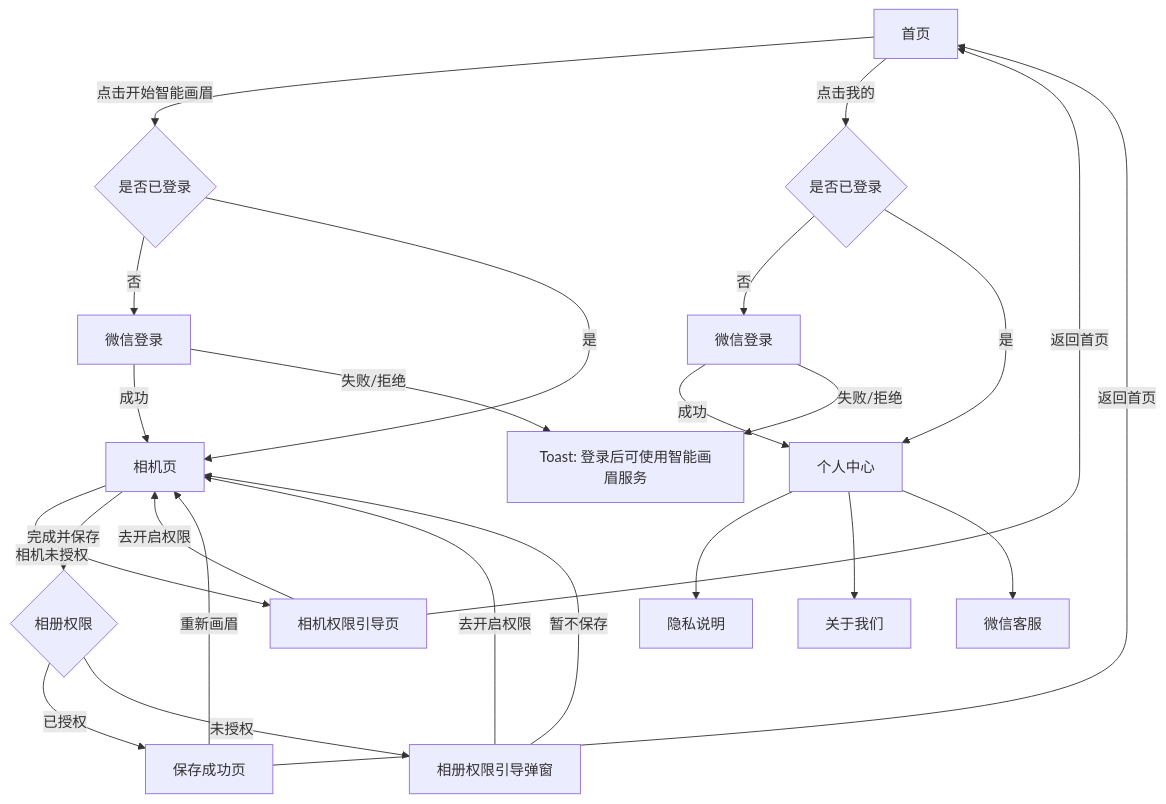
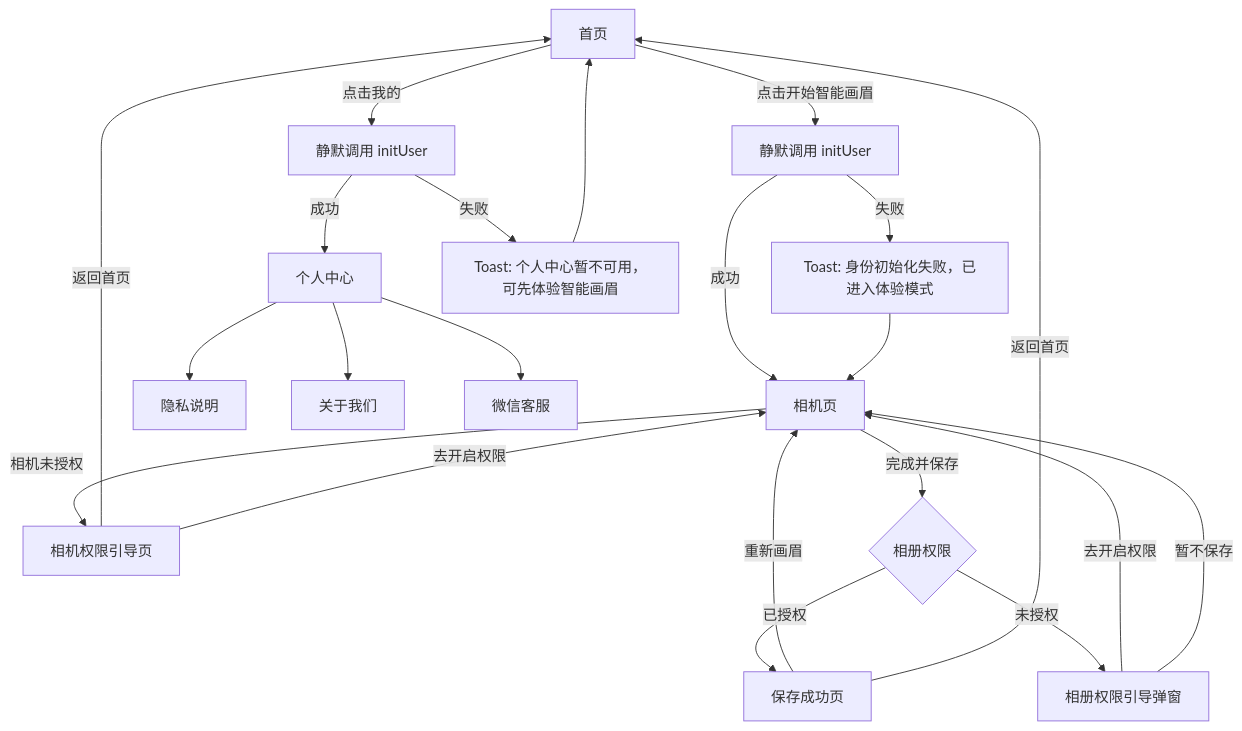
One commit to zxl-zxl-zxl/ms-smart-brow changed the second of 6 diagrams in docs/MS智能画眉_技术架构设计_V1.md. Above: the diagram before and after it, drawn with Mermaid. The commit also changed other lines of this file and 6 other files, not shown here.

````diff
--- a/docs/MS智能画眉_技术架构设计_V1.md
+++ b/docs/MS智能画眉_技术架构设计_V1.md
@@ -77,30 +77,28 @@
 ```mermaid
 flowchart TD
-  Home["首页"] -->|点击开始智能画眉| LoginA{"是否已登录"}
-  LoginA -->|否| DoLoginA["微信登录"]
-  LoginA -->|是| Camera["相机页"]
-  DoLoginA -->|成功| Camera
-  DoLoginA -->|失败/拒绝| HomeToast["Toast: 登录后可使用智能画眉服务"]
+  Home["首页"] -->|点击开始智能画眉| InitA["静默调用 initUser"]
+  InitA -->|成功| Camera["相机页"]
+  InitA -->|失败| ExperienceToast["Toast: 身份初始化失败，已进入体验模式"]
+  ExperienceToast --> Camera
 
-  Home -->|点击我的| LoginB{"是否已登录"}
-  LoginB -->|否| DoLoginB["微信登录"]
-  LoginB -->|是| Profile["个人中心"]
-  DoLoginB -->|成功| Profile
-  DoLoginB -->|失败/拒绝| HomeToast
+  Home -->|点击我的| InitB["静默调用 initUser"]
+  InitB -->|成功| Profile["个人中心"]
+  InitB -->|失败| ProfileToast["Toast: 个人中心暂不可用，可先体验智能画眉"]
+  ProfileToast --> Home
 
   Camera -->|相机未授权| PermissionGuide["相机权限引导页"]
   PermissionGuide -->|返回首页| Home
   PermissionGuide -->|去开启权限| Camera
 
   Camera -->|完成并保存| AlbumPermission{"相册权限"}
   AlbumPermission -->|已授权| SaveSuccess["保存成功页"]
   AlbumPermission -->|未授权| AlbumGuide["相册权限引导弹窗"]
   AlbumGuide -->|去开启权限| Camera
   AlbumGuide -->|暂不保存| Camera
 
   SaveSuccess -->|重新画眉| Camera
   SaveSuccess -->|返回首页| Home
   Profile --> Privacy["隐私说明"]
   Profile --> About["关于我们"]
   Profile --> CustomerService["微信客服"]
 ```
````
